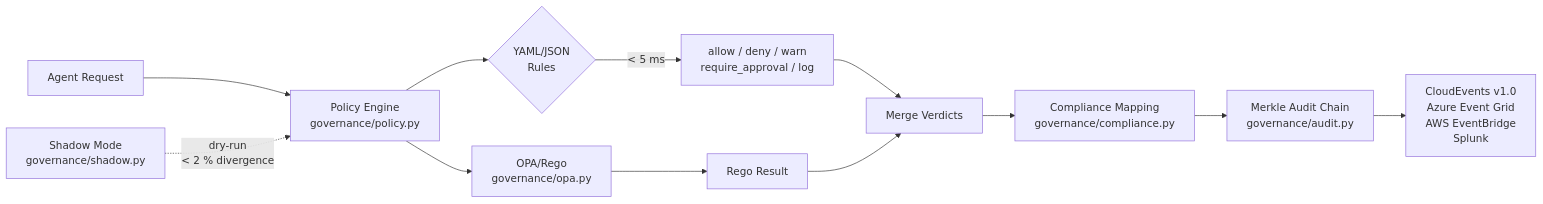
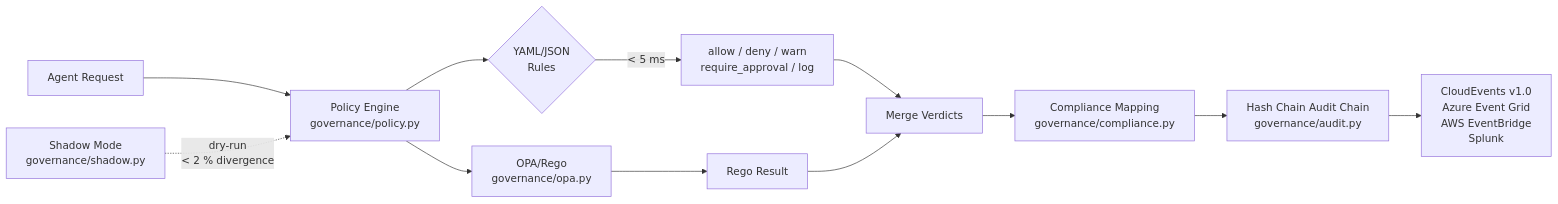
One commit to imran-siddique/agent-mesh changed the eighth of 12 diagrams in ARCHITECTURE.md. Above: the diagram before and after it, drawn with Mermaid. The commit also changed other lines of this file and 57 other files, not shown here.

````diff
--- a/ARCHITECTURE.md
+++ b/ARCHITECTURE.md
@@ -250,15 +250,15 @@
 ```mermaid
 flowchart LR
     Req[Agent Request] --> PE[Policy Engine<br/>governance/policy.py]
     PE --> YAML{YAML/JSON<br/>Rules}
     YAML -->|< 5 ms| Verdict1[allow / deny / warn<br/>require_approval / log]
     PE --> OPA[OPA/Rego<br/>governance/opa.py]
     OPA --> Verdict2[Rego Result]
     Verdict1 --> Merge[Merge Verdicts]
     Verdict2 --> Merge
     Merge --> Comp[Compliance Mapping<br/>governance/compliance.py]
-    Comp --> Audit[Merkle Audit Chain<br/>governance/audit.py]
+    Comp --> Audit[Hash Chain Audit Chain<br/>governance/audit.py]
     Audit --> CE[CloudEvents v1.0<br/>Azure Event Grid<br/>AWS EventBridge<br/>Splunk]
 
     Shadow[Shadow Mode<br/>governance/shadow.py] -.->|dry-run<br/>&lt; 2 % divergence| PE
 ```
````
